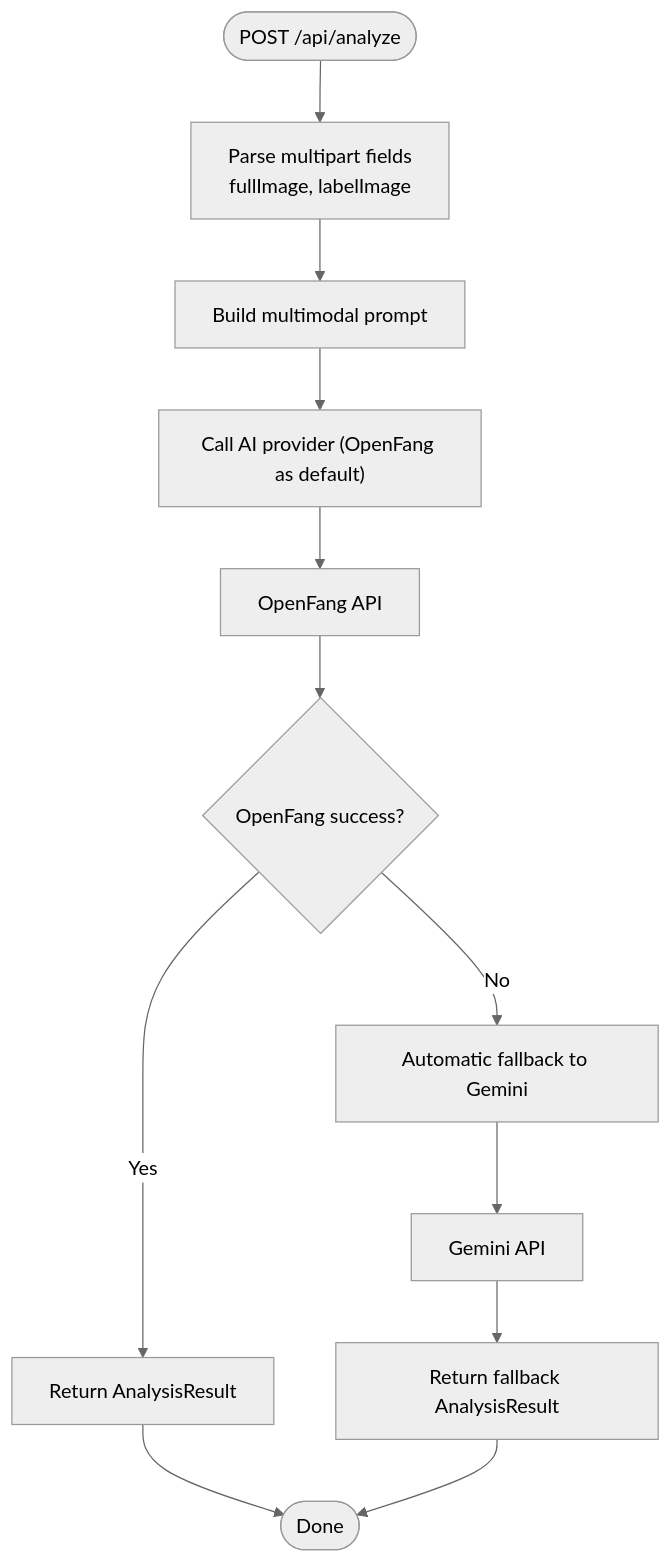
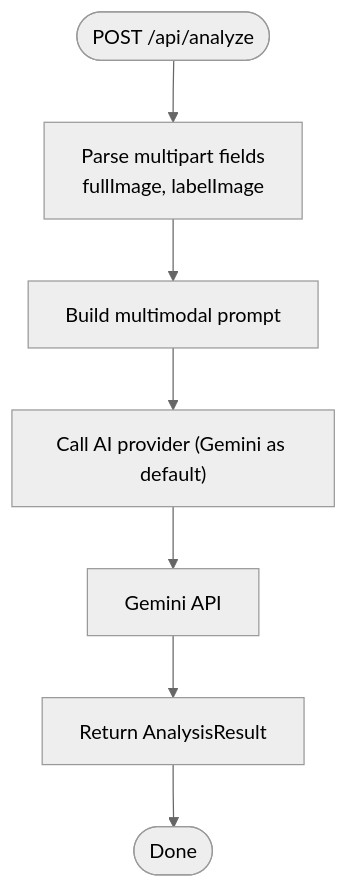
The third of 10 diagrams in .qoder/repowiki/en/content/Backend Services/API Endpoints/Analysis Endpoints.md (hunglevi87/Hidden-Gem), drawn with Mermaid (neutral theme) before and after one commit. The commit also changed other lines of this file and 53 other files, not shown here.

First line of the commit message:
feat(ai-provider): set Gemini as default provider with OpenFang fallback

````diff
--- a/.qoder/repowiki/en/content/Backend Services/API Endpoints/Analysis Endpoints.md
+++ b/.qoder/repowiki/en/content/Backend Services/API Endpoints/Analysis Endpoints.md
@@ -192,14 +191,9 @@
 ```mermaid
 flowchart TD
 Start(["POST /api/analyze"]) --> Parse["Parse multipart fields<br/>fullImage, labelImage"]
 Parse --> BuildPrompt["Build multimodal prompt"]
-BuildPrompt --> CallAI["Call AI provider (OpenFang as default)"]
-CallAI --> OpenFang["OpenFang API"]
-OpenFang --> OFSuccess{"OpenFang success?"}
-OFSuccess --> |Yes| ReturnOK["Return AnalysisResult"]
-OFSuccess --> |No| Fallback["Automatic fallback to Gemini"]
-Fallback --> Gemini["Gemini API"]
-Gemini --> GeminiResult["Return fallback AnalysisResult"]
+BuildPrompt --> CallAI["Call AI provider (Gemini as default)"]
+CallAI --> Gemini["Gemini API"]
+Gemini --> ReturnOK["Return AnalysisResult"]
 ReturnOK --> End(["Done"])
-GeminiResult --> End
 ```
````
